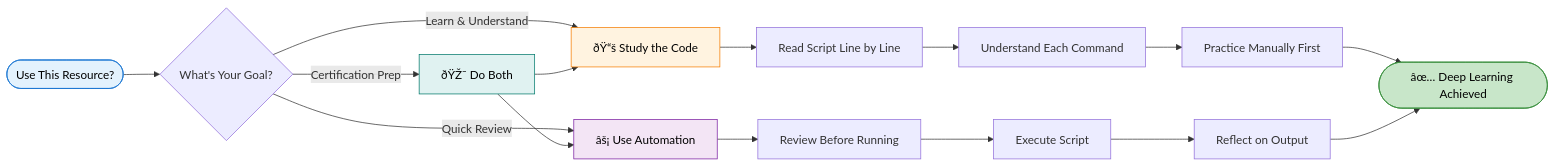
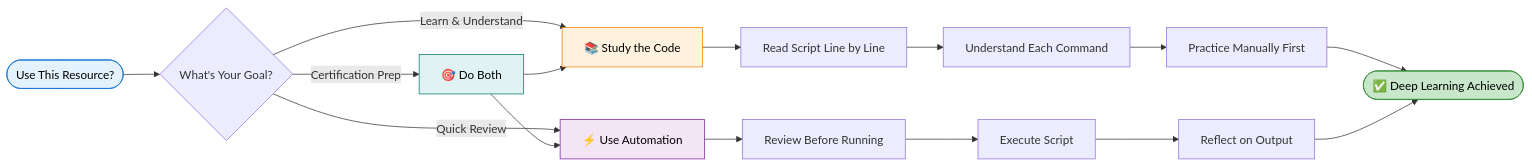
The second of 3 diagrams in Arcade Hero- Enter the Firewall Target Tag/EduLinkUp.md (eccentriccoder01/Google-Arcade-Labs-EduLinkUp), drawn with Mermaid before and after one commit. The commit also changed other lines of this file and 274 other files, not shown here.

````diff
--- a/Arcade Hero- Enter the Firewall Target Tag/EduLinkUp.md
+++ b/Arcade Hero- Enter the Firewall Target Tag/EduLinkUp.md
@@ -70,27 +70,27 @@
 ```mermaid
 graph LR
     Start([Use This Resource?]) --> Question{What's Your Goal?}
-    Question -->|Learn & Understand| Manual[ðŸ“š Study the Code]
-    Question -->|Quick Review| Auto[âš¡ Use Automation]
-    Question -->|Certification Prep| Both[ðŸŽ¯ Do Both]
+    Question -->|Learn & Understand| Manual[📚 Study the Code]
+    Question -->|Quick Review| Auto[⚡ Use Automation]
+    Question -->|Certification Prep| Both[🎯 Do Both]
     
     Manual --> Read[Read Script Line by Line]
     Read --> Understand[Understand Each Command]
     Understand --> Practice[Practice Manually First]
     
     Auto --> Review[Review Before Running]
     Review --> Execute[Execute Script]
     Execute --> Reflect[Reflect on Output]
     
     Both --> Manual
     Both --> Auto
     
-    Practice --> Success([âœ… Deep Learning Achieved])
+    Practice --> Success([✅ Deep Learning Achieved])
     Reflect --> Success
     
     style Start fill:#E3F2FD,stroke:#1976D2,color:#000
     style Success fill:#C8E6C9,stroke:#388E3C,color:#000
     style Manual fill:#FFF3E0,stroke:#F57C00,color:#000
     style Auto fill:#F3E5F5,stroke:#7B1FA2,color:#000
     style Both fill:#E0F2F1,stroke:#00796B,color:#000
 ```
````
